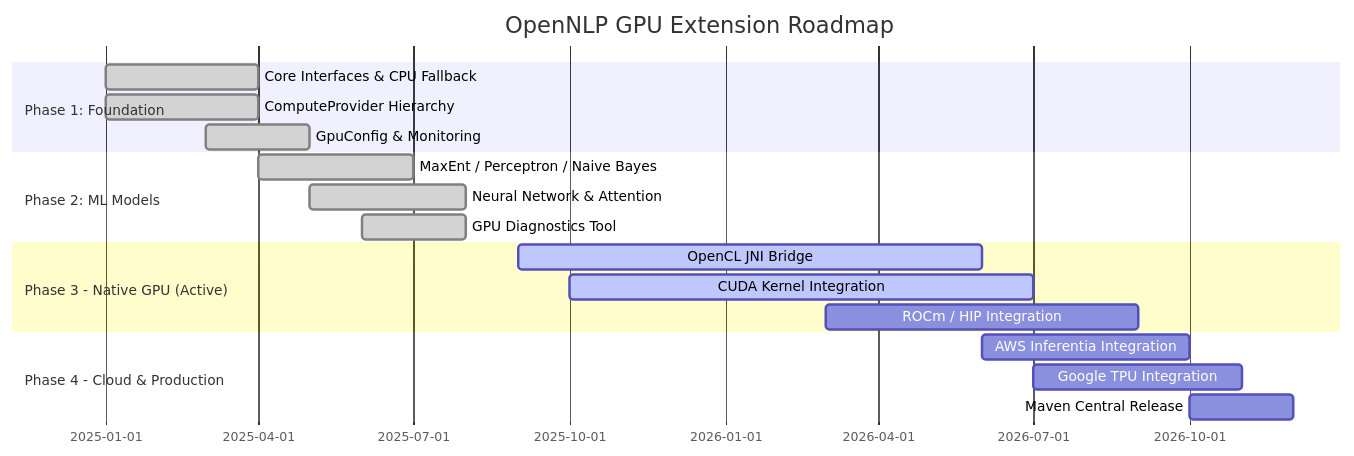
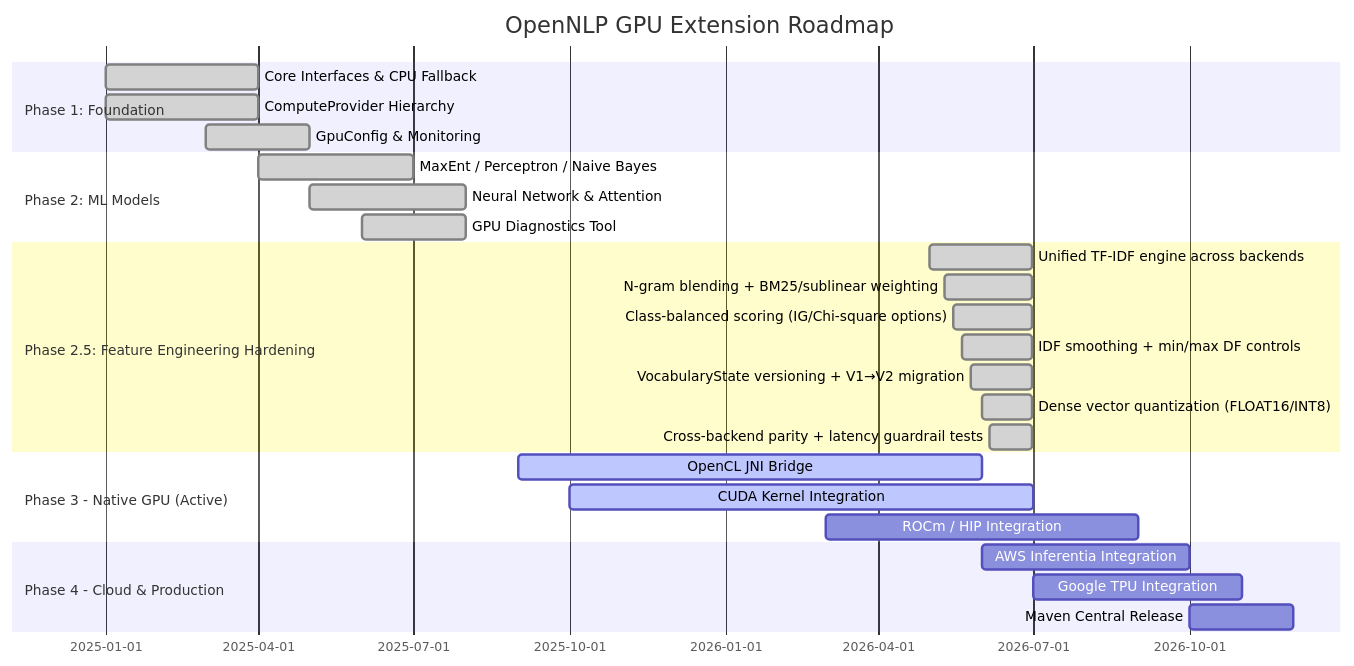
Before and after one commit to hkevin01/opennlp-gpu: the fourth of 5 diagrams in README.md, drawn with Mermaid. The commit also changed other lines of this file, not shown here.

Commit message:
docs: update README to enhance clarity with emoji usage; add API example and persisted-state migration policy

````diff
--- a/README.md
+++ b/README.md
@@ -659,21 +704,29 @@
 ```mermaid
 gantt
     title OpenNLP GPU Extension Roadmap
     dateFormat  YYYY-MM-DD
     section Phase 1: Foundation
         Core Interfaces & CPU Fallback     :done,    p1a, 2025-01-01, 2025-04-01
         ComputeProvider Hierarchy          :done,    p1b, 2025-01-01, 2025-04-01
         GpuConfig & Monitoring             :done,    p1c, 2025-03-01, 2025-05-01
     section Phase 2: ML Models
         MaxEnt / Perceptron / Naive Bayes  :done,    p2a, 2025-04-01, 2025-07-01
         Neural Network & Attention         :done,    p2b, 2025-05-01, 2025-08-01
         GPU Diagnostics Tool               :done,    p2c, 2025-06-01, 2025-08-01
+    section Phase 2.5: Feature Engineering Hardening
+        Unified TF-IDF engine across backends            :done, p25a, 2026-05-01, 2026-06-30
+        N-gram blending + BM25/sublinear weighting       :done, p25b, 2026-05-10, 2026-06-30
+        Class-balanced scoring (IG/Chi-square options)   :done, p25c, 2026-05-15, 2026-06-30
+        IDF smoothing + min/max DF controls              :done, p25d, 2026-05-20, 2026-06-30
+        VocabularyState versioning + V1→V2 migration     :done, p25e, 2026-05-25, 2026-06-30
+        Dense vector quantization (FLOAT16/INT8)         :done, p25f, 2026-06-01, 2026-06-30
+        Cross-backend parity + latency guardrail tests   :done, p25g, 2026-06-05, 2026-06-30
     section Phase 3 - Native GPU (Active)
         OpenCL JNI Bridge                  :active,  p3a, 2025-09-01, 2026-06-01
         CUDA Kernel Integration            :active,  p3b, 2025-10-01, 2026-07-01
         ROCm / HIP Integration             :         p3c, 2026-03-01, 2026-09-01
     section Phase 4 - Cloud & Production
         AWS Inferentia Integration         :         p4a, 2026-06-01, 2026-10-01
         Google TPU Integration             :         p4b, 2026-07-01, 2026-11-01
         Maven Central Release              :         p4c, 2026-10-01, 2026-12-01
 ```
````
